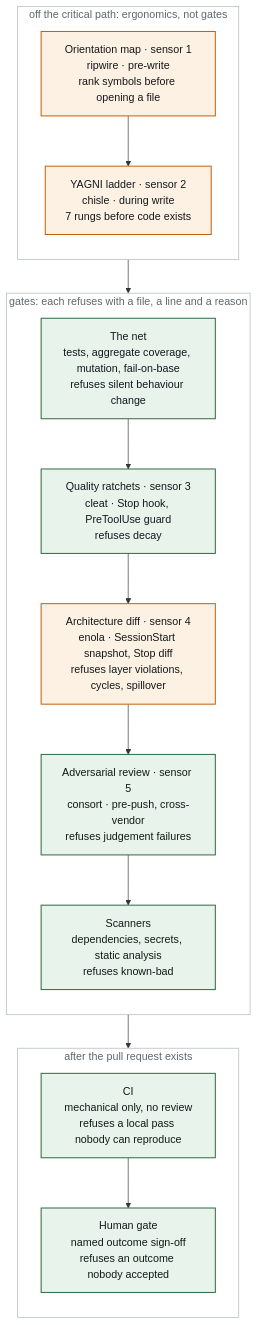
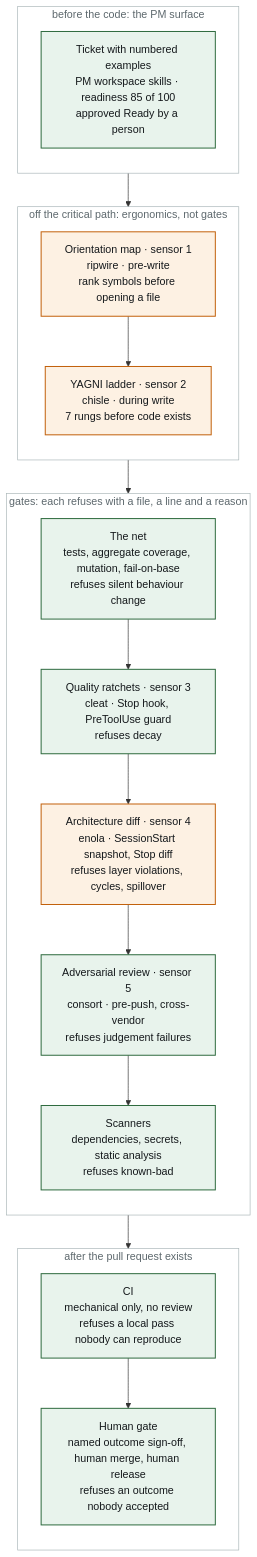
Before and after one commit to siimvene/software-factory: the diagram in README.md, drawn with Mermaid. The commit also changed other lines of this file and 3 other files, not shown here.

First line of the commit message:
docs: README states the human-gated line and the PM surface; 0.2.12

````diff
--- a/README.md
+++ b/README.md
@@ -33,29 +81,33 @@
 ```mermaid
 flowchart TB
+    subgraph SPEC["before the code: the PM surface"]
+        direction TB
+        L0["Ticket with numbered examples<br/>PM workspace skills · readiness 85 of 100<br/>approved Ready by a person"]
+    end
     subgraph ERGO["off the critical path: ergonomics, not gates"]
         direction TB
         L1["Orientation map · sensor 1<br/>ripwire · pre-write<br/>rank symbols before opening a file"]
         L2["YAGNI ladder · sensor 2<br/>chisle · during write<br/>7 rungs before code exists"]
     end
     subgraph GATES["gates: each refuses with a file, a line and a reason"]
         direction TB
         L3["The net<br/>tests, aggregate coverage, mutation, fail-on-base<br/>refuses silent behaviour change"]
         L4["Quality ratchets · sensor 3<br/>cleat · Stop hook, PreToolUse guard<br/>refuses decay"]
         L5["Architecture diff · sensor 4<br/>enola · SessionStart snapshot, Stop diff<br/>refuses layer violations, cycles, spillover"]
         L6["Adversarial review · sensor 5<br/>consort · pre-push, cross-vendor<br/>refuses judgement failures"]
         L7["Scanners<br/>dependencies, secrets, static analysis<br/>refuses known-bad"]
     end
     subgraph AFTER["after the pull request exists"]
         direction TB
         L8["CI<br/>mechanical only, no review<br/>refuses a local pass nobody can reproduce"]
-        L9["Human gate<br/>named outcome sign-off<br/>refuses an outcome nobody accepted"]
+        L9["Human gate<br/>named outcome sign-off, human merge, human release<br/>refuses an outcome nobody accepted"]
     end
-    L1 --> L2 --> L3 --> L4 --> L5 --> L6 --> L7 --> L8 --> L9
+    L0 --> L1 --> L2 --> L3 --> L4 --> L5 --> L6 --> L7 --> L8 --> L9
 
     classDef measured fill:#e8f3ec,stroke:#2f6b3f,stroke-width:1.5px,color:#14181b;
     classDef designed fill:#fdf1e3,stroke:#c2610c,stroke-width:1.5px,color:#14181b;
     classDef frame fill:#00000000,stroke:#aab6b8,stroke-width:1px,color:#5d686d;
-    class L3,L4,L6,L7,L8,L9 measured;
+    class L0,L3,L4,L6,L7,L8,L9 measured;
     class L1,L2,L5 designed;
-    class ERGO,GATES,AFTER frame;
+    class SPEC,ERGO,GATES,AFTER frame;
 ```
````
